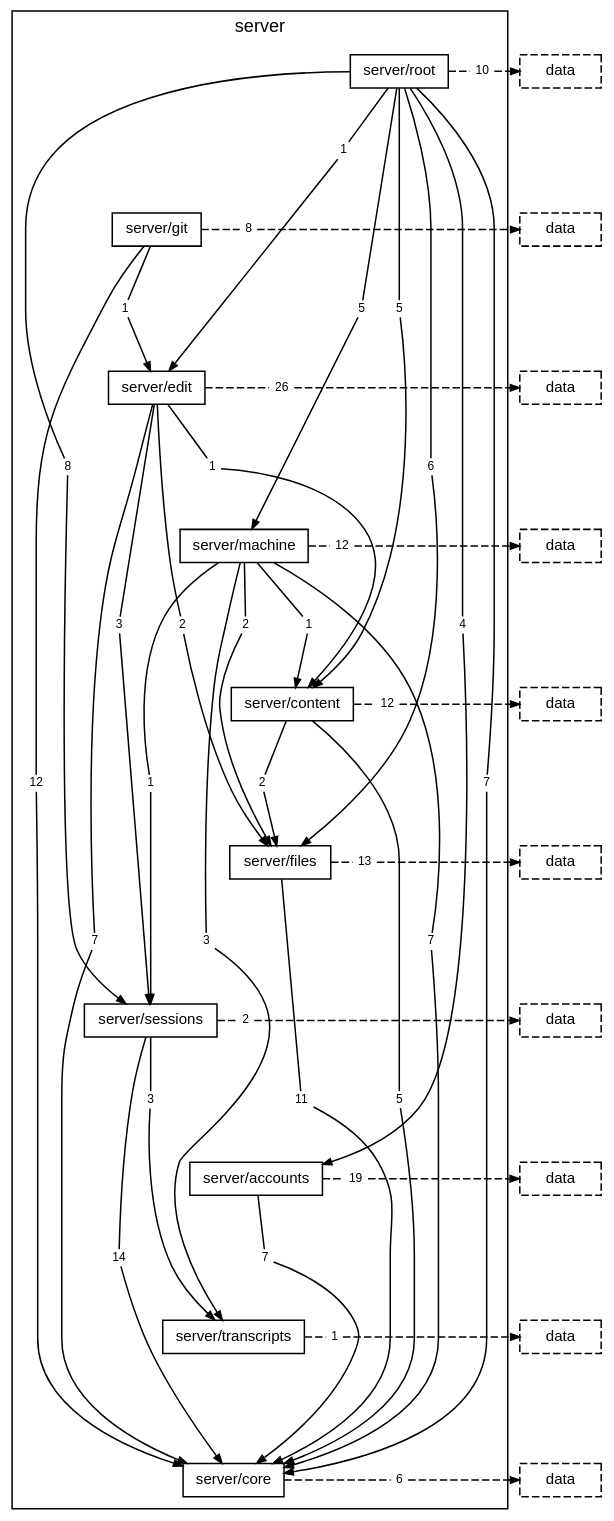
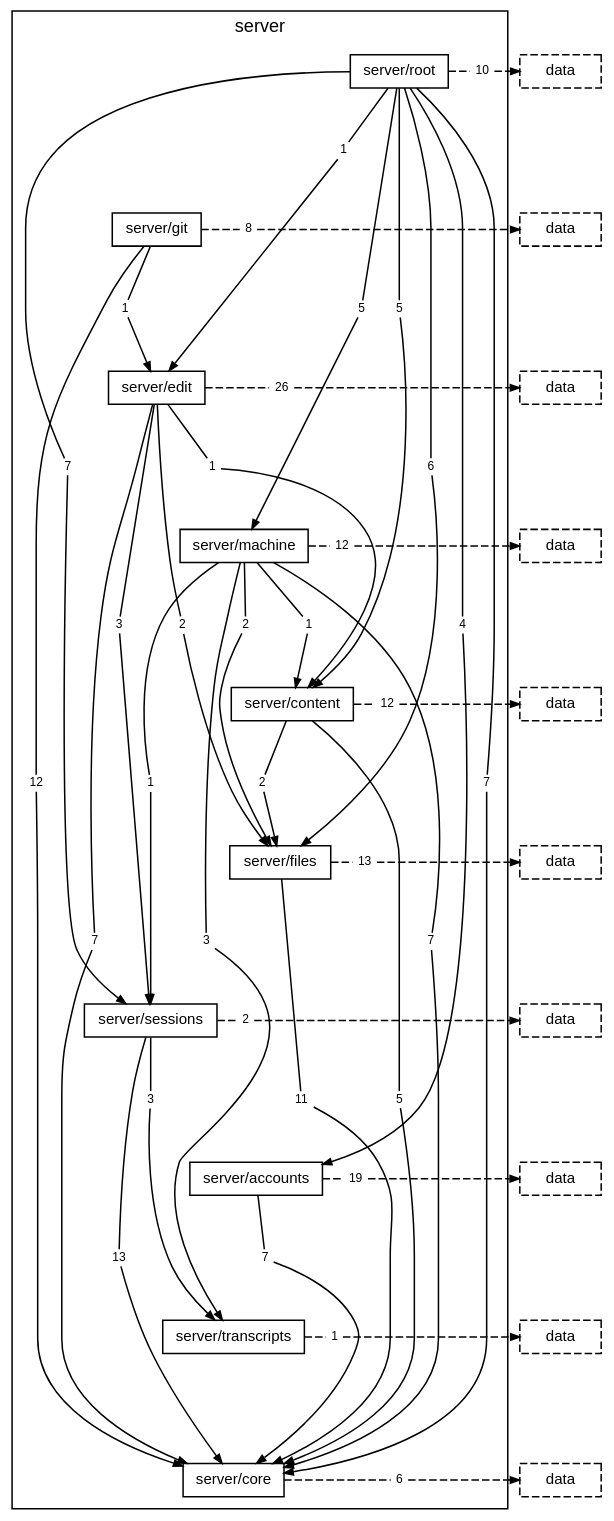
The diagram in docs/diagrams/layer-server.dot (TheAxeC/oculus), drawn with Graphviz before and after one commit. The commit also changed 31 other files, not shown here.

```diff
--- a/docs/diagrams/layer-server.dot
+++ b/docs/diagrams/layer-server.dot
@@ -20,7 +20,7 @@
         "folder server/root to folder server/edit" [label="1", shape=box, color="transparent", fontsize=8, width=0, height=0, margin="0.04,0.02"];
         "folder server/root to folder server/files" [label="6", shape=box, color="transparent", fontsize=8, width=0, height=0, margin="0.04,0.02"];
         "folder server/root to folder server/machine" [label="5", shape=box, color="transparent", fontsize=8, width=0, height=0, margin="0.04,0.02"];
-        "folder server/root to folder server/sessions" [label="8", shape=box, color="transparent", fontsize=8, width=0, height=0, margin="0.04,0.02"];
+        "folder server/root to folder server/sessions" [label="7", shape=box, color="transparent", fontsize=8, width=0, height=0, margin="0.04,0.02"];
         "folder server/root to layer data" [label="10", shape=box, color="transparent", fontsize=8, width=0, height=0, margin="0.04,0.02"];
         "folder server/git to folder server/core" [label="12", shape=box, color="transparent", fontsize=8, width=0, height=0, margin="0.04,0.02"];
         "folder server/git to folder server/edit" [label="1", shape=box, color="transparent", fontsize=8, width=0, height=0, margin="0.04,0.02"];
@@ -41,7 +41,7 @@
         "folder server/content to layer data" [label="12", shape=box, color="transparent", fontsize=8, width=0, height=0, margin="0.04,0.02"];
         "folder server/files to folder server/core" [label="11", shape=box, color="transparent", fontsize=8, width=0, height=0, margin="0.04,0.02"];
         "folder server/files to layer data" [label="13", shape=box, color="transparent", fontsize=8, width=0, height=0, margin="0.04,0.02"];
-        "folder server/sessions to folder server/core" [label="14", shape=box, color="transparent", fontsize=8, width=0, height=0, margin="0.04,0.02"];
+        "folder server/sessions to folder server/core" [label="13", shape=box, color="transparent", fontsize=8, width=0, height=0, margin="0.04,0.02"];
         "folder server/sessions to folder server/transcripts" [label="3", shape=box, color="transparent", fontsize=8, width=0, height=0, margin="0.04,0.02"];
         "folder server/sessions to layer data" [label="2", shape=box, color="transparent", fontsize=8, width=0, height=0, margin="0.04,0.02"];
         "folder server/accounts to folder server/core" [label="7", shape=box, color="transparent", fontsize=8, width=0, height=0, margin="0.04,0.02"];
```
